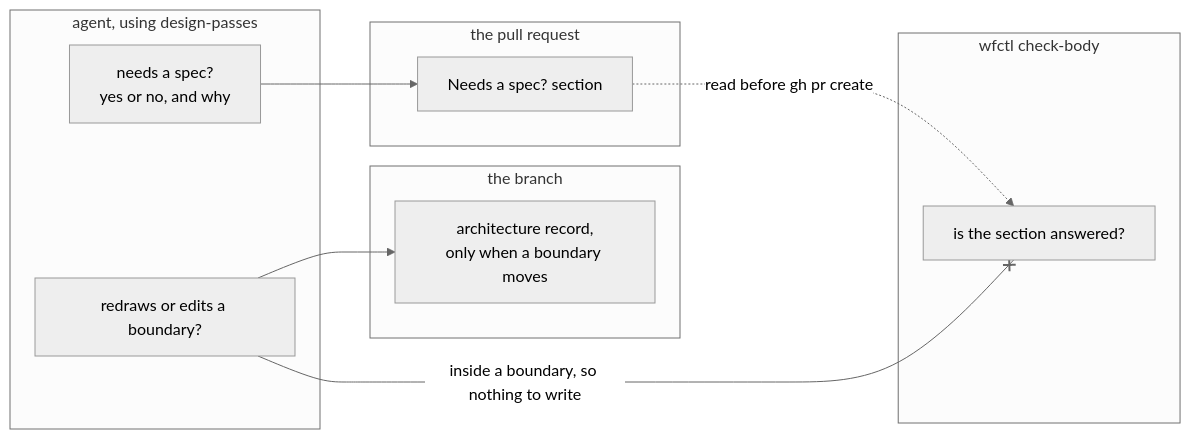
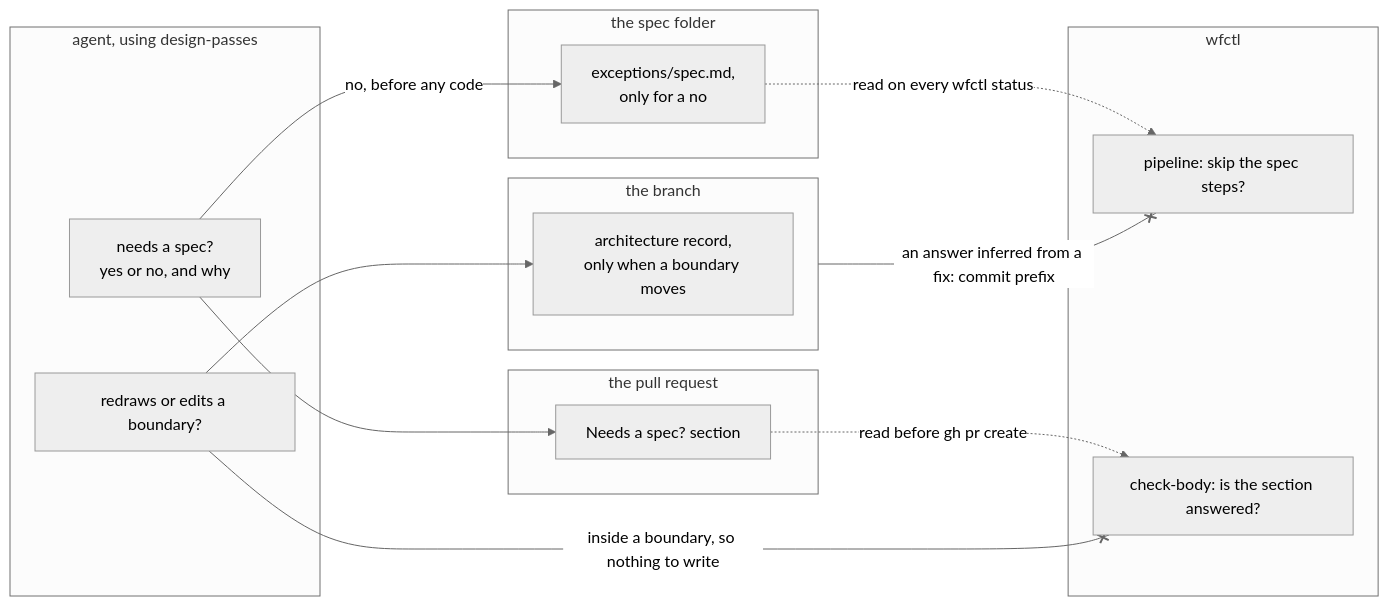
One commit to aamarin/wfctl changed the diagram in docs/architecture/every-change-answers-spec-question.md. Above: the diagram before and after it, drawn with Mermaid (neutral theme). The commit also changed other lines of this file and 1 other file, not shown here.

First line of the commit message:
docs(arch): propose a review step and a recorded "no spec" answer for #679

````diff
--- a/docs/architecture/every-change-answers-spec-question.md
+++ b/docs/architecture/every-change-answers-spec-question.md
@@ -76,20 +91,27 @@
 ```mermaid
 flowchart LR
     subgraph agent["agent, using design-passes"]
         Q["needs a spec?<br>yes or no, and why"]
         B["redraws or edits a boundary?"]
     end
     subgraph branch["the branch"]
         R["architecture record,<br>only when a boundary moves"]
     end
+    subgraph specs["the spec folder"]
+        E["exceptions/spec.md,<br>only for a no"]
+    end
     subgraph pr["the pull request"]
         S["Needs a spec? section"]
     end
-    subgraph wfctl["wfctl check-body"]
-        C["is the section answered?"]
+    subgraph wfctl["wfctl"]
+        P["pipeline: skip the spec steps?"]
+        C["check-body: is the section answered?"]
     end
+    Q -- "no, before any code" --> E
     Q --> S
     B --> R
+    E -. "read on every wfctl status" .-> P
     S -. "read before gh pr create" .-> C
     B -- "inside a boundary, so nothing to write" --x C
+    branch -- "an answer inferred from a fix: commit prefix" --x P
 ```
````
